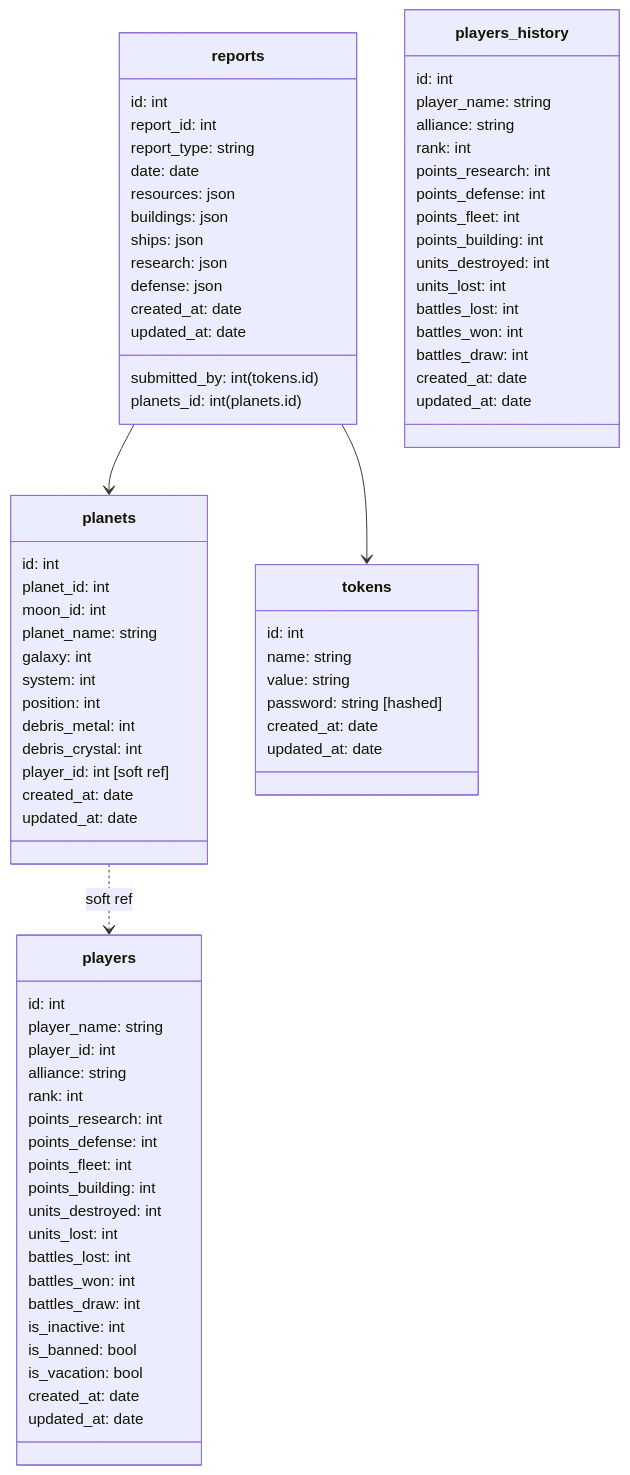
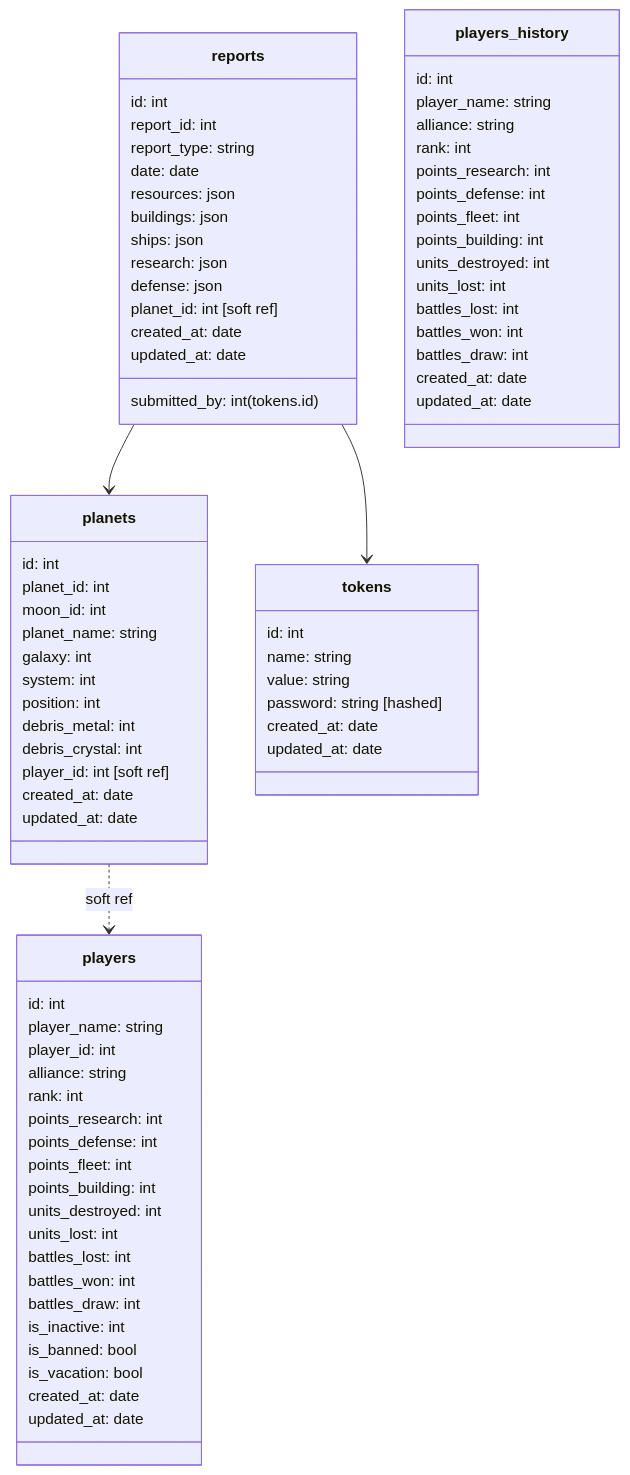
Before and after one commit to anoff/teamview: the diagram in readme.md, drawn with Mermaid. The commit also changed 2 other files, not shown here.

Commit message:
some more fixes

````diff
--- a/readme.md
+++ b/readme.md
@@ -48,82 +48,82 @@
 ```mermaid
 classDiagram
   planets ..> players: soft ref
   reports --> planets
   reports --> tokens
 
   class tokens {
     id: int
     name: string
     value: string
     password: string [hashed]
     created_at: date
     updated_at: date
   }
   class planets {
     id: int
     planet_id: int
     moon_id: int
     planet_name: string
     galaxy: int
     system: int
     position: int
     debris_metal: int
     debris_crystal: int
     player_id: int [soft ref]
     created_at: date
     updated_at: date
   }
   class reports {
     id: int
     report_id: int
     report_type: string
     date: date
     resources: json
     buildings: json
     ships: json
     research: json
     defense: json
     submitted_by: int (tokens.id)
-    planets_id: int (planets.id)
+    planet_id: int [soft ref]
     created_at: date
     updated_at: date
   }
   class players {
     id: int
     player_name: string
     player_id: int
     alliance: string
     rank: int
     points_research: int
     points_defense: int
     points_fleet: int
     points_building: int
     units_destroyed: int
     units_lost: int
     battles_lost: int
     battles_won: int
     battles_draw: int
     is_inactive: int
     is_banned: bool
     is_vacation: bool
     created_at: date
     updated_at: date
   }
   class players_history {
     id: int
     player_name: string
     alliance: string
     rank: int
     points_research: int
     points_defense: int
     points_fleet: int
     points_building: int
     units_destroyed: int
     units_lost: int
     battles_lost: int
     battles_won: int
     battles_draw: int
     created_at: date
     updated_at: date
   }
 ```
````
